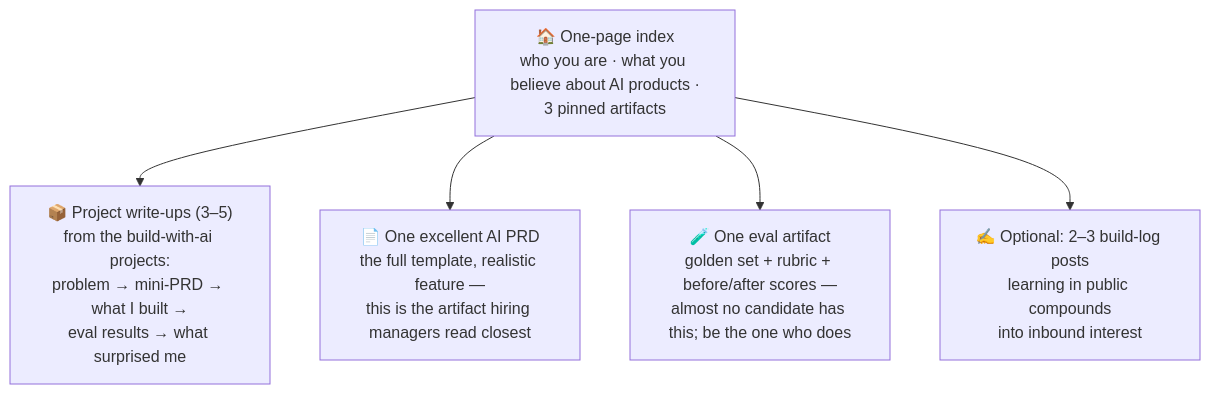
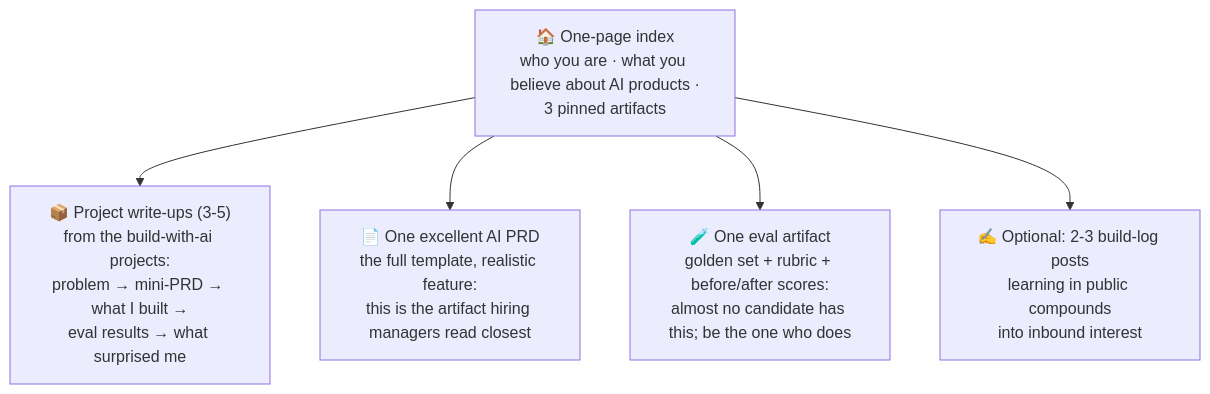
The diagram in 08-career/resume-portfolio.md (sugirdadinakar/AI-for-Product-Managers), drawn with Mermaid before and after one commit. The commit also changed other lines of this file and 59 other files, not shown here.

````diff
--- a/08-career/resume-portfolio.md
+++ b/08-career/resume-portfolio.md
@@ -30,7 +30,7 @@
 ```mermaid
 flowchart TD
-    A["🏠 One-page index<br/>who you are · what you believe about AI products ·<br/>3 pinned artifacts"] --> B["📦 Project write-ups (3–5)<br/>from the build-with-ai projects:<br/>problem → mini-PRD → what I built →<br/>eval results → what surprised me"]
-    A --> C["📄 One excellent AI PRD<br/>the full template, realistic feature —<br/>this is the artifact hiring managers read closest"]
-    A --> D["🧪 One eval artifact<br/>golden set + rubric + before/after scores —<br/>almost no candidate has this; be the one who does"]
-    A --> E["✍️ Optional: 2–3 build-log posts<br/>learning in public compounds<br/>into inbound interest"]
+    A["🏠 One-page index<br/>who you are · what you believe about AI products ·<br/>3 pinned artifacts"] --> B["📦 Project write-ups (3-5)<br/>from the build-with-ai projects:<br/>problem → mini-PRD → what I built →<br/>eval results → what surprised me"]
+    A --> C["📄 One excellent AI PRD<br/>the full template, realistic feature:<br/>this is the artifact hiring managers read closest"]
+    A --> D["🧪 One eval artifact<br/>golden set + rubric + before/after scores:<br/>almost no candidate has this; be the one who does"]
+    A --> E["✍️ Optional: 2-3 build-log posts<br/>learning in public compounds<br/>into inbound interest"]
 ```
````
